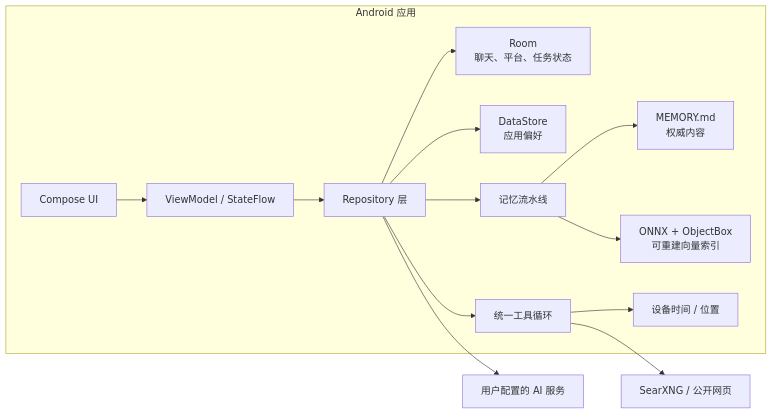
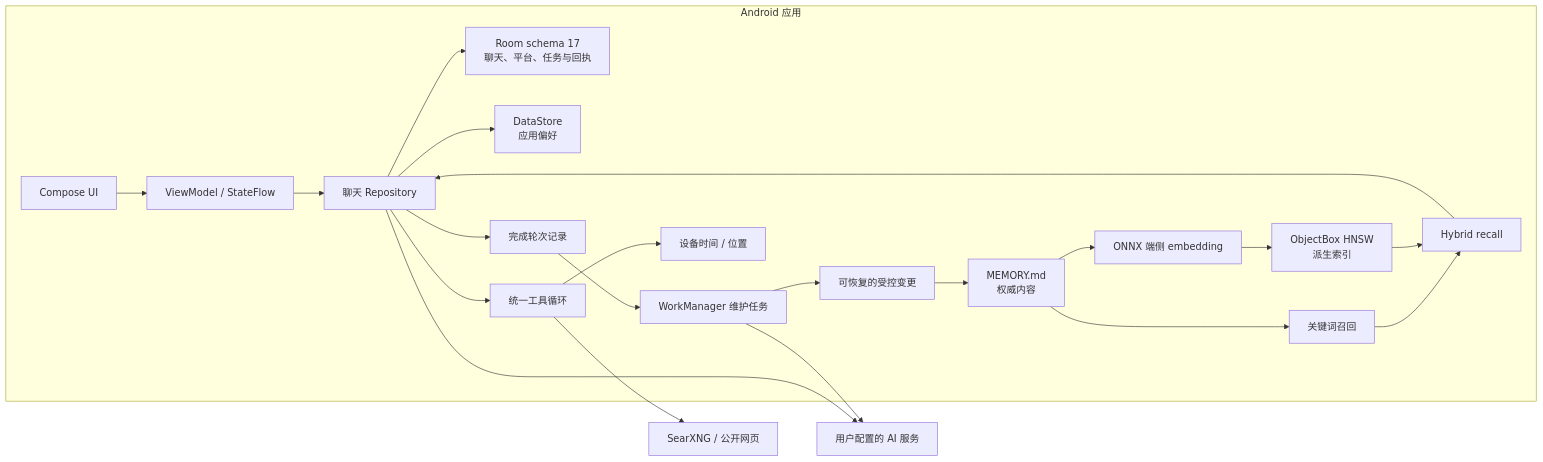
The second of 2 diagrams in README.md (NaBr406/ChatWithChat), drawn with Mermaid before and after one commit. The commit also changed other lines of this file and 13 other files, not shown here.

````diff
--- a/README.md
+++ b/README.md
@@ -184,17 +302,25 @@
 ```mermaid
 flowchart LR
     subgraph APP["Android 应用"]
         UI["Compose UI"] --> VM["ViewModel / StateFlow"]
-        VM --> REPO["Repository 层"]
-        REPO --> ROOM["Room<br/>聊天、平台、任务状态"]
-        REPO --> DATASTORE["DataStore<br/>应用偏好"]
-        REPO --> TOOLS["统一工具循环"]
-        REPO --> MEMORY["记忆流水线"]
-        MEMORY --> MARKDOWN["MEMORY.md<br/>权威内容"]
-        MEMORY --> VECTOR["ONNX + ObjectBox<br/>可重建向量索引"]
+        VM --> CHAT["聊天 Repository"]
+        CHAT --> ROOM["Room schema 17<br/>聊天、平台、任务与回执"]
+        CHAT --> DATASTORE["DataStore<br/>应用偏好"]
+        CHAT --> TOOLS["统一工具循环"]
+        CHAT --> RECORDER["完成轮次记录"]
+        RECORDER --> WORK["WorkManager 维护任务"]
+        WORK --> MUTATION["可恢复的受控变更"]
+        MUTATION --> MARKDOWN["MEMORY.md<br/>权威内容"]
+        MARKDOWN --> LEXICAL["关键词召回"]
+        MARKDOWN --> EMBEDDING["ONNX 端侧 embedding"]
+        EMBEDDING --> VECTOR["ObjectBox HNSW<br/>派生索引"]
+        LEXICAL --> HYBRID["Hybrid recall"]
+        VECTOR --> HYBRID
+        HYBRID --> CHAT
         TOOLS --> DEVICE["设备时间 / 位置"]
     end
 
-    REPO --> PROVIDERS["用户配置的 AI 服务"]
+    CHAT --> PROVIDERS["用户配置的 AI 服务"]
+    WORK --> PROVIDERS
     TOOLS --> SEARCH["SearXNG / 公开网页"]
 ```
````
